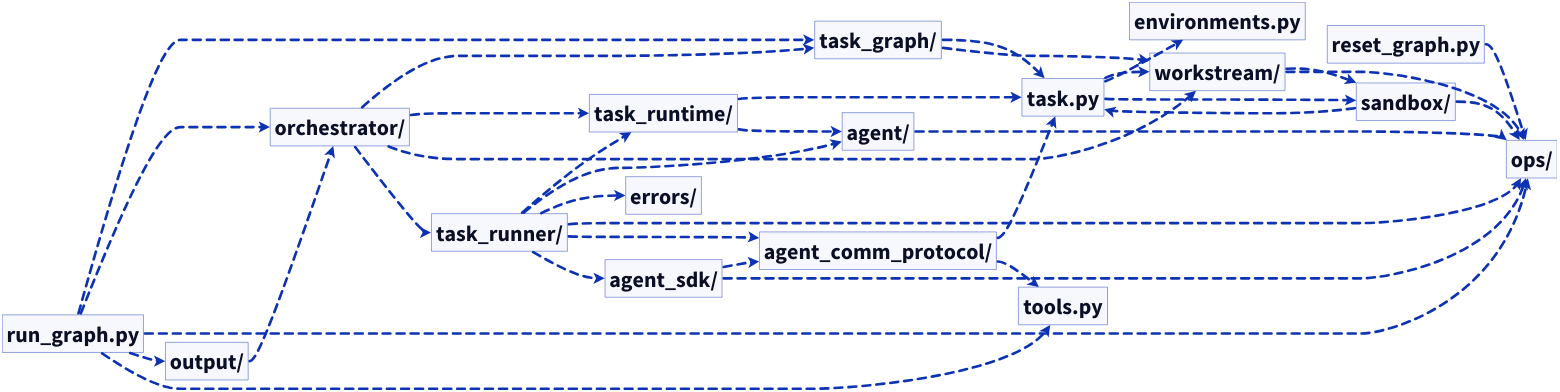
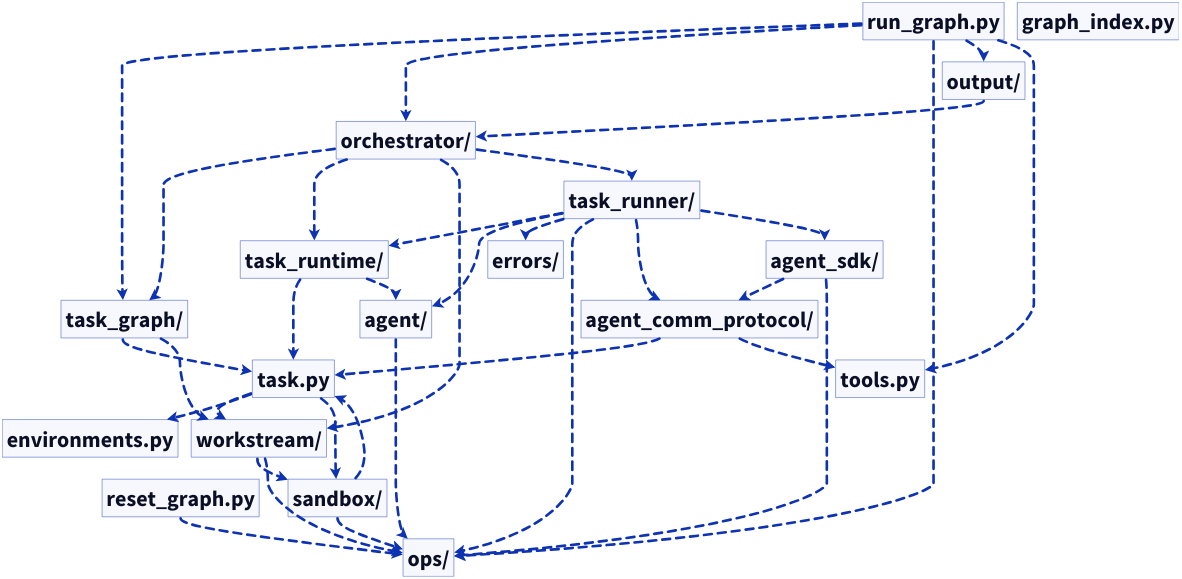
The diagram in docs/diagrams/uml/diagram-modules.d2 (duanegoodner/agentrelay), drawn with D2 before and after one commit. The commit also changed 45 other files, not shown here.

First line of the commit message:
feat: switch diagram engine to ELK, drop monolith diagram

```diff
--- a/docs/diagrams/uml/diagram-modules.d2
+++ b/docs/diagrams/uml/diagram-modules.d2
@@ -1,94 +1,95 @@
-direction: right
+direction: down
 **.style.font-size: 50
 *.style.font-size: 100
 
 classes: {
   composition: {
     # NOTE: source-arrowhead.shape: diamond doesn't propagate via classes (D2 limitation)
     style.stroke: "#333333"
     style.stroke-width: 12
     style.font-size: 55
   }
   dependency: {
     target-arrowhead: {
       shape: arrow
       style.filled: false
     }
     style.stroke-dash: 3
     style.stroke-width: 12
     style.font-size: 55
   }
   inheritance: {
     target-arrowhead: {
       shape: triangle
       style.filled: false
     }
     style.stroke: "#333333"
     style.stroke-width: 12
     style.font-size: 55
   }
   implementation: {
     target-arrowhead: {
       shape: triangle
       style.filled: false
     }
     style.stroke-dash: 3
     style.stroke-width: 12
     style.font-size: 55
   }
 }
 
 # Module dependency overview
 # Auto-generated from diagram-detailed.d2
 
 task_py: "task.py"
 environments_py: "environments.py"
 agent_pkg: "agent/"
 workstream_pkg: "workstream/"
 task_graph_pkg: "task_graph/"
 task_runtime_pkg: "task_runtime/"
 task_runner_pkg: "task_runner/"
 orchestrator_pkg: "orchestrator/"
 ops_pkg: "ops/"
 errors_pkg: "errors/"
 agent_comm_protocol_pkg: "agent_comm_protocol/"
 agent_sdk_pkg: "agent_sdk/"
 output_pkg: "output/"
 tools_py: "tools.py"
 run_graph_py: "run_graph.py"
 reset_graph_py: "reset_graph.py"
+graph_index_py: "graph_index.py"
 sandbox_pkg: "sandbox/"
 
 task_py -> workstream_pkg { class: dependency }
 task_py -> environments_py { class: dependency }
 sandbox_pkg -> ops_pkg { class: dependency }
 sandbox_pkg -> task_py { class: dependency }
 task_py -> sandbox_pkg { class: dependency }
 workstream_pkg -> sandbox_pkg { class: dependency }
 task_graph_pkg -> task_py { class: dependency }
 task_graph_pkg -> workstream_pkg { class: dependency }
 orchestrator_pkg -> task_graph_pkg { class: dependency }
 orchestrator_pkg -> task_runtime_pkg { class: dependency }
 orchestrator_pkg -> workstream_pkg { class: dependency }
 task_runner_pkg -> task_runtime_pkg { class: dependency }
 task_runner_pkg -> agent_pkg { class: dependency }
 task_runner_pkg -> errors_pkg { class: dependency }
 orchestrator_pkg -> task_runner_pkg { class: dependency }
 task_runtime_pkg -> task_py { class: dependency }
 task_runtime_pkg -> agent_pkg { class: dependency }
 workstream_pkg -> ops_pkg { class: dependency }
 agent_comm_protocol_pkg -> task_py { class: dependency }
 task_runner_pkg -> ops_pkg { class: dependency }
 task_runner_pkg -> agent_comm_protocol_pkg { class: dependency }
 task_runner_pkg -> agent_sdk_pkg { class: dependency }
 agent_pkg -> ops_pkg { class: dependency }
 run_graph_py -> task_graph_pkg { class: dependency }
 run_graph_py -> orchestrator_pkg { class: dependency }
 run_graph_py -> ops_pkg { class: dependency }
 run_graph_py -> output_pkg { class: dependency }
 reset_graph_py -> ops_pkg { class: dependency }
 output_pkg -> orchestrator_pkg { class: dependency }
 agent_sdk_pkg -> agent_comm_protocol_pkg { class: dependency }
 agent_sdk_pkg -> ops_pkg { class: dependency }
 agent_comm_protocol_pkg -> tools_py { class: dependency }
 run_graph_py -> tools_py { class: dependency }
```
